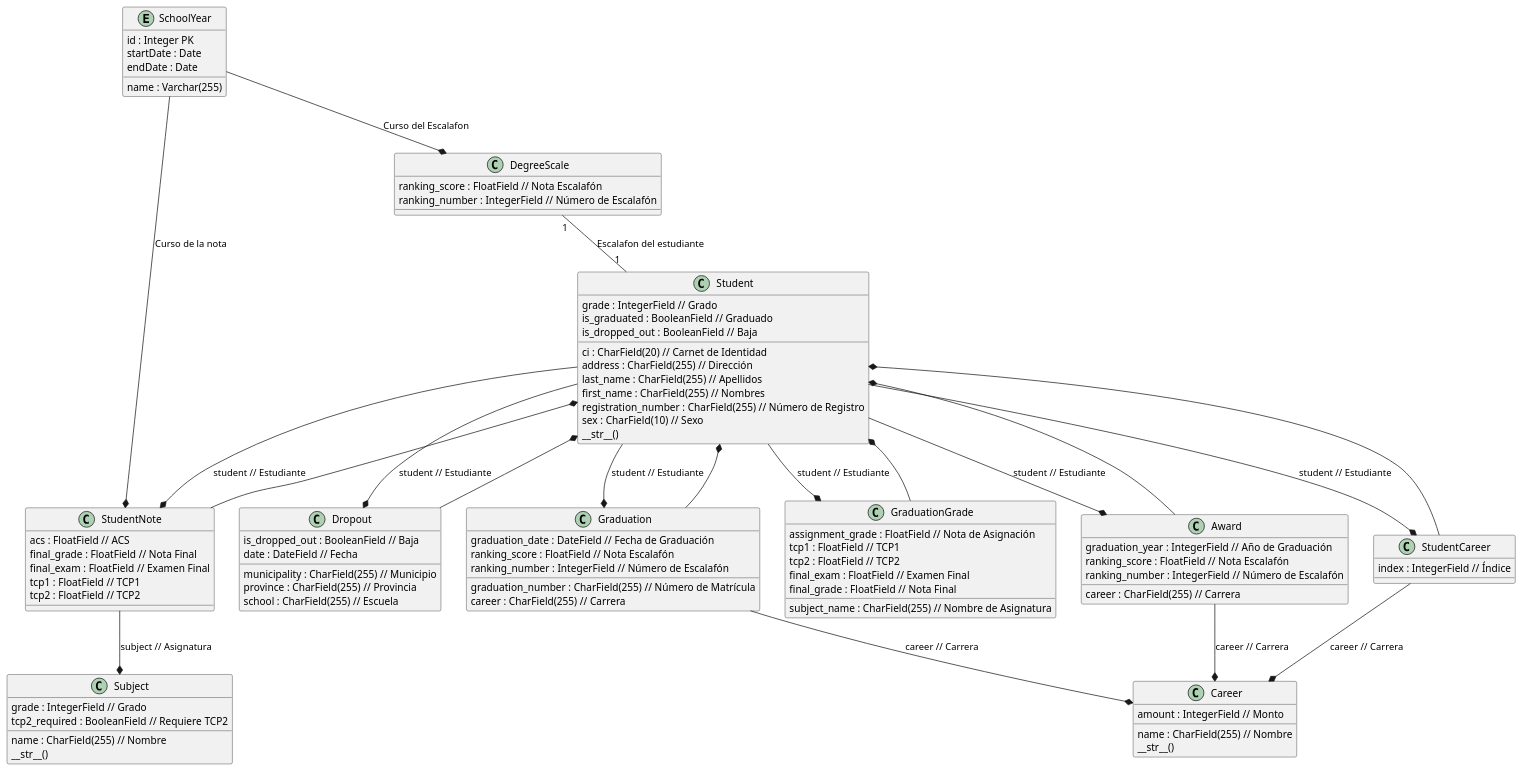
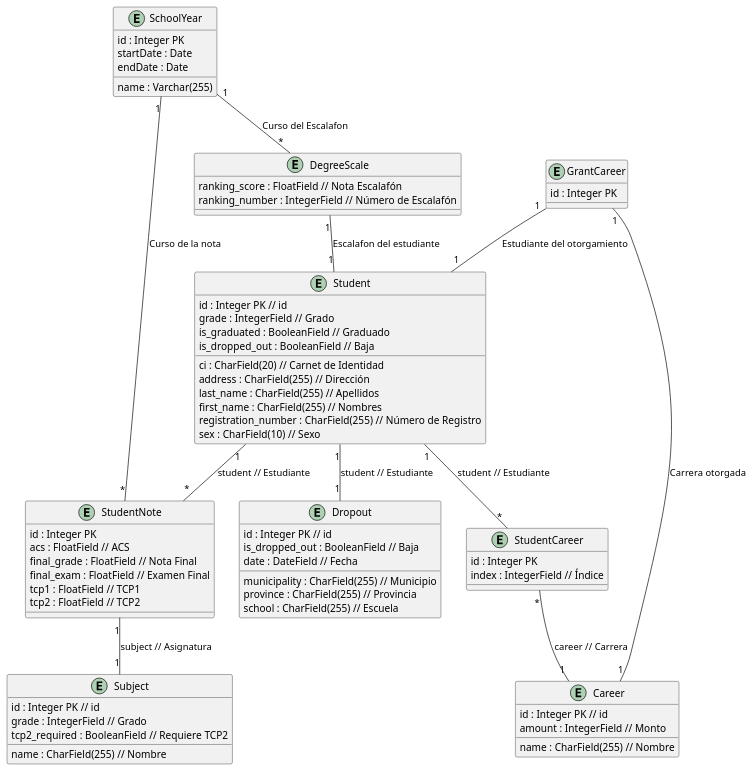
Before and after one commit to critBus/notas_estudiantes_back_drf: the diagram in docs/diagrams/src/architecture_overview.wsd, drawn with PlantUML. The commit also changed 6 other files, not shown here.

```diff
--- a/docs/diagrams/src/architecture_overview.wsd
+++ b/docs/diagrams/src/architecture_overview.wsd
@@ -1,110 +1,88 @@
 @startuml
 
-class Student {
+entity Student {
+    id : Integer PK // id
     ci : CharField(20) // Carnet de Identidad
     address : CharField(255) // Dirección
     grade : IntegerField // Grado
     last_name : CharField(255) // Apellidos
     first_name : CharField(255) // Nombres
     registration_number : CharField(255) // Número de Registro
     sex : CharField(10) // Sexo
     is_graduated : BooleanField // Graduado
     is_dropped_out : BooleanField // Baja
-    __str__()
 }
 
-class Dropout {
+entity Dropout {
+    id : Integer PK // id
     is_dropped_out : BooleanField // Baja
     date : DateField // Fecha
     municipality : CharField(255) // Municipio
     province : CharField(255) // Provincia
     school : CharField(255) // Escuela
 }
 
-class Career {
+entity Career {
+    id : Integer PK // id
     amount : IntegerField // Monto
     name : CharField(255) // Nombre
-    __str__()
 }
 
-class Graduation {
-    graduation_number : CharField(255) // Número de Matrícula
-    graduation_date : DateField // Fecha de Graduación
-    career : CharField(255) // Carrera
-    ranking_score : FloatField // Nota Escalafón
-    ranking_number : IntegerField // Número de Escalafón
-}
 
-class GraduationGrade {
-    subject_name : CharField(255) // Nombre de Asignatura
-    assignment_grade : FloatField // Nota de Asignación
-    tcp1 : FloatField // TCP1
-    tcp2 : FloatField // TCP2
-    final_exam : FloatField // Examen Final
-    final_grade : FloatField // Nota Final
-}
-
-class Subject {
+entity Subject {
+    id : Integer PK // id
     grade : IntegerField // Grado
     name : CharField(255) // Nombre
     tcp2_required : BooleanField // Requiere TCP2
-    __str__()
 }
 
 entity SchoolYear {
     id : Integer PK
     startDate : Date
     endDate : Date
     name : Varchar(255)
 }
 
-class StudentNote {
+entity StudentNote {
+    id : Integer PK
     acs : FloatField // ACS
     final_grade : FloatField // Nota Final
     final_exam : FloatField // Examen Final
     tcp1 : FloatField // TCP1
     tcp2 : FloatField // TCP2
 }
 
-class Award {
-    graduation_year : IntegerField // Año de Graduación
-    career : CharField(255) // Carrera
+
+
+entity StudentCareer {
+    id : Integer PK
+    index : IntegerField // Índice
+}
+
+entity DegreeScale {
     ranking_score : FloatField // Nota Escalafón
     ranking_number : IntegerField // Número de Escalafón
 }
-
-class StudentCareer {
-    index : IntegerField // Índice
+entity GrantCareer{
+    id : Integer PK
 }
 
-class DegreeScale {
-    ranking_score : FloatField // Nota Escalafón
-    ranking_number : IntegerField // Número de Escalafón
-}
+GrantCareer "1" -- "1" Student : Estudiante del otorgamiento
+GrantCareer "1" -- "1" Career : Carrera otorgada
 
-' StudentNote "1..*" -- "1" SchoolYear : belongs to
-SchoolYear --* DegreeScale :  Curso del Escalafon
-SchoolYear --* StudentNote : Curso de la nota
+
+SchoolYear "1" -- "*" DegreeScale :  Curso del Escalafon
+SchoolYear "1" -- "*" StudentNote : Curso de la nota
 
 DegreeScale "1" -- "1" Student : Escalafon del estudiante
 
-Student --* Dropout : student // Estudiante
-Student --* Graduation : student // Estudiante
-Student --* GraduationGrade : student // Estudiante
-Student --* StudentNote : student // Estudiante
-Student --* Award : student // Estudiante
-Student --* StudentCareer : student // Estudiante
+Student "1" -- "1" Dropout : student // Estudiante
+Student "1" -- "*" StudentNote : student // Estudiante
+Student "1" -- "*" StudentCareer : student // Estudiante
 
-Dropout --* Student
-Graduation --* Student
-GraduationGrade --* Student
-StudentNote --* Student
-Award --* Student
-StudentCareer --* Student
 
-StudentNote --* Subject : subject // Asignatura
-StudentCareer --* Career : career // Carrera
-Graduation --* Career : career // Carrera
-Award --* Career : career // Carrera
+
+StudentNote "1" -- "1" Subject : subject // Asignatura
+StudentCareer "*" -- "1" Career : career // Carrera
 
 @enduml
```
